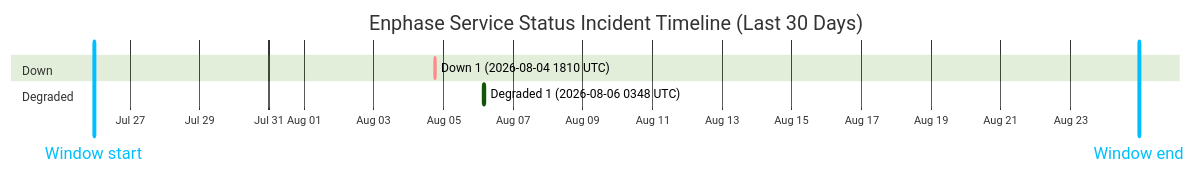
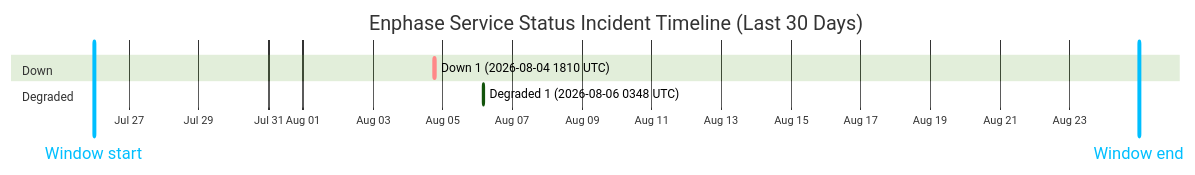
One commit to barneyonline/ha-enphase-energy changed the diagram in wiki/Service-Status-History.md. Above: the diagram before and after it, drawn with Mermaid (forest theme). The commit also changed other lines of this file and 3 other files, not shown here.

````diff
--- a/wiki/Service-Status-History.md
+++ b/wiki/Service-Status-History.md
@@ -14,12 +14,12 @@
 ```mermaid
 gantt
     title Enphase Service Status Incident Timeline (Last 30 Days)
     dateFormat  YYYY-MM-DDTHH:mm:ss
     axisFormat  %b %d
-    Window start :vert, window-start, 2026-07-25T23:20:04, 0ms
-    Window end :vert, window-end, 2026-08-24T23:20:04, 0ms
+    Window start :vert, window-start, 2026-07-25T23:45:53, 0ms
+    Window end :vert, window-end, 2026-08-24T23:45:53, 0ms
     section Down
     Down 1 (2026-08-04 1810 UTC) :crit, down-1, 2026-08-04T18:10:46, 60m
     section Degraded
     Degraded 1 (2026-08-06 0348 UTC) :active, degraded-1, 2026-08-06T03:48:14, 60m
 ```
````
